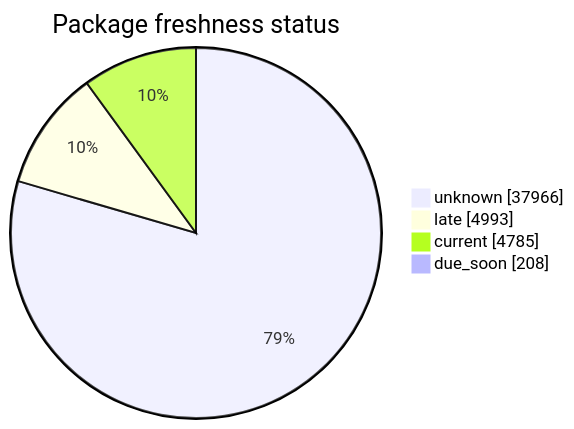
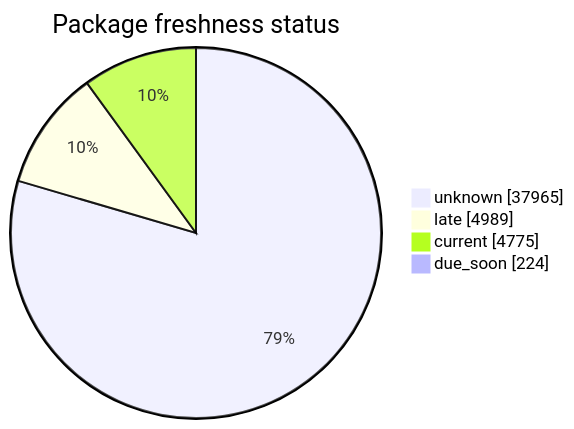
The second of 5 diagrams in FreshCheck/README.md (open-data/analytics-corporate-reporting), drawn with Mermaid before and after one commit. The commit also changed other lines of this file and 3 other files, not shown here.

````diff
--- a/FreshCheck/README.md
+++ b/FreshCheck/README.md
@@ -68,7 +68,7 @@
 ```mermaid
 pie showData title Package freshness status
-    "unknown": 37966
-    "late": 4993
-    "current": 4785
-    "due_soon": 208
+    "unknown": 37965
+    "late": 4989
+    "current": 4775
+    "due_soon": 224
 ```
````
